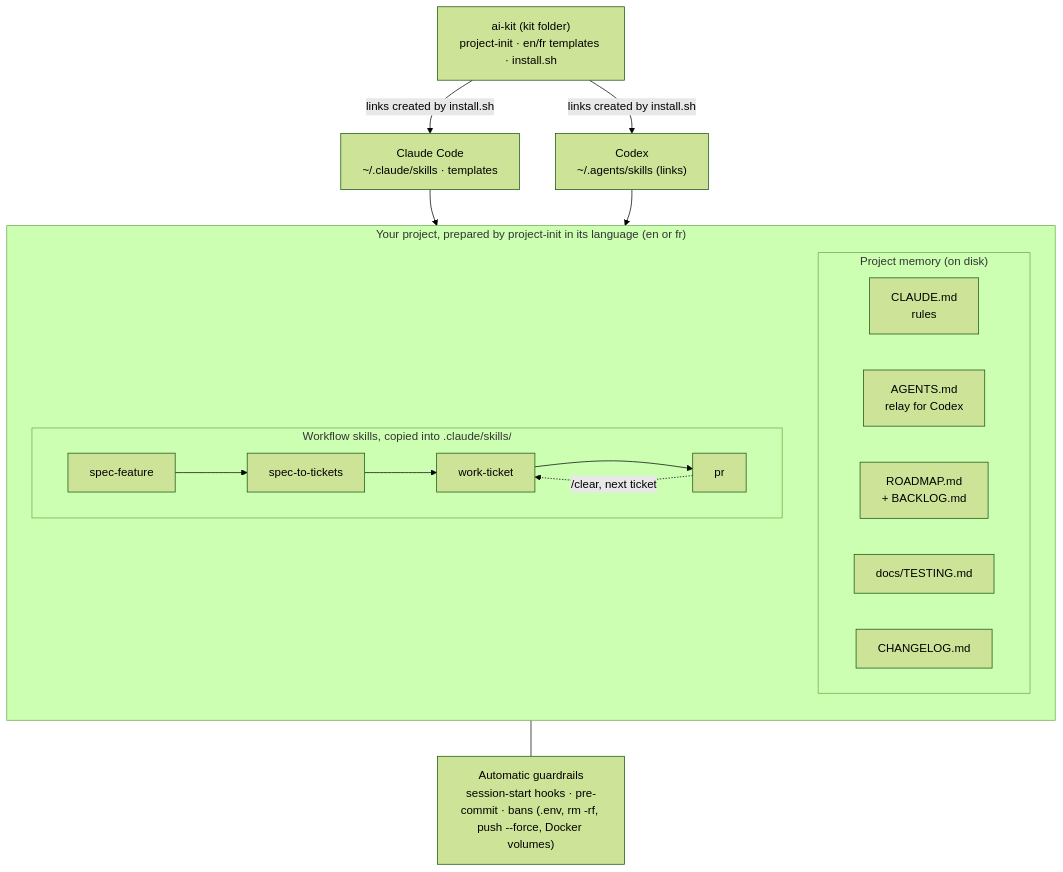
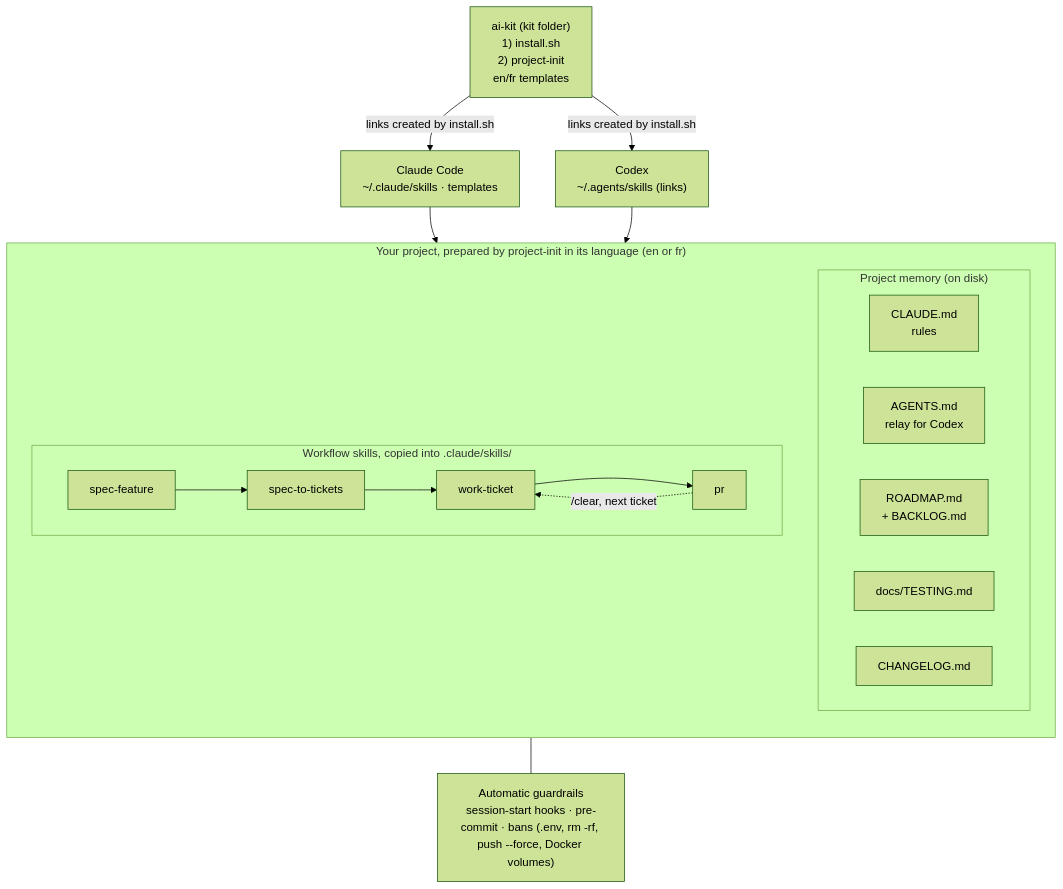
Before and after one commit to drisshaou/ai-kit: the first of 2 diagrams in GUIDE.md, drawn with Mermaid (forest theme). The commit also changed 1 other file, not shown here.

Commit message:
docs(guide): list the kit box items in order of use
install.sh first, then project-init; templates are unnumbered since
project-init uses them (en/fr).

Claude-Session: https://claude.ai/code/session_01XjNBi9s3hZLUgGkcWbZ6f5

````diff
--- a/GUIDE.md
+++ b/GUIDE.md
@@ -10,30 +10,30 @@
 ```mermaid
 flowchart TD
-    KIT["ai-kit (kit folder)<br/>project-init · en/fr templates · install.sh"]
+    KIT["ai-kit (kit folder)<br/>1) install.sh<br/>2) project-init<br/>en/fr templates"]
     CLAUDE["Claude Code<br/>~/.claude/skills · templates"]
     CODEX["Codex<br/>~/.agents/skills (links)"]
     KIT -->|links created by install.sh| CLAUDE
     KIT -->|links created by install.sh| CODEX
 
     subgraph PROJECT["Your project, prepared by project-init in its language (en or fr)"]
         direction TB
         subgraph FILES["Project memory (on disk)"]
             direction LR
             F1["CLAUDE.md<br/>rules"]
             F2["AGENTS.md<br/>relay for Codex"]
             F3["ROADMAP.md<br/>+ BACKLOG.md"]
             F4["docs/TESTING.md"]
             F5["CHANGELOG.md"]
         end
         subgraph FLOW["Workflow skills, copied into .claude/skills/"]
             direction LR
             S1["spec-feature"] --> S2["spec-to-tickets"] --> S3["work-ticket"] --> S4["pr"]
             S4 -.->|"/clear, next ticket"| S3
         end
     end
 
     CLAUDE --> PROJECT
     CODEX --> PROJECT
     GUARD["Automatic guardrails<br/>session-start hooks · pre-commit · bans (.env, rm -rf, push --force, Docker volumes)"]
     PROJECT --- GUARD
 ```
````
